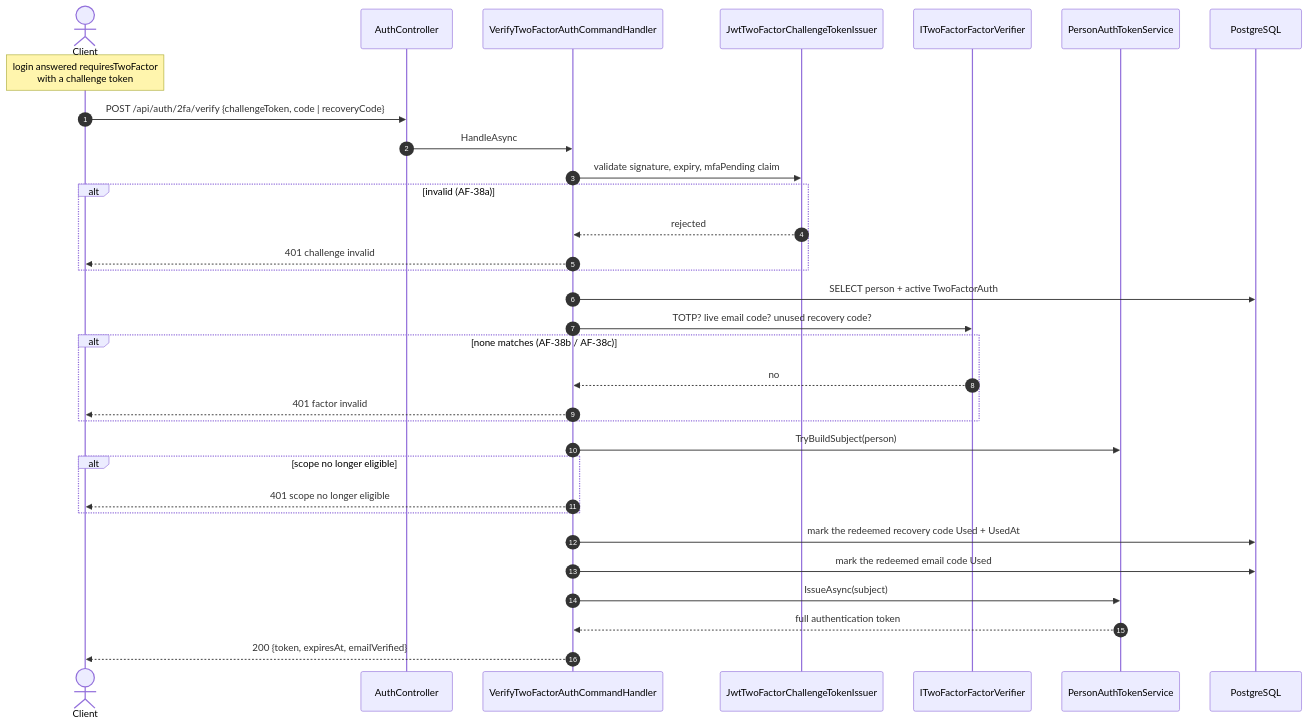
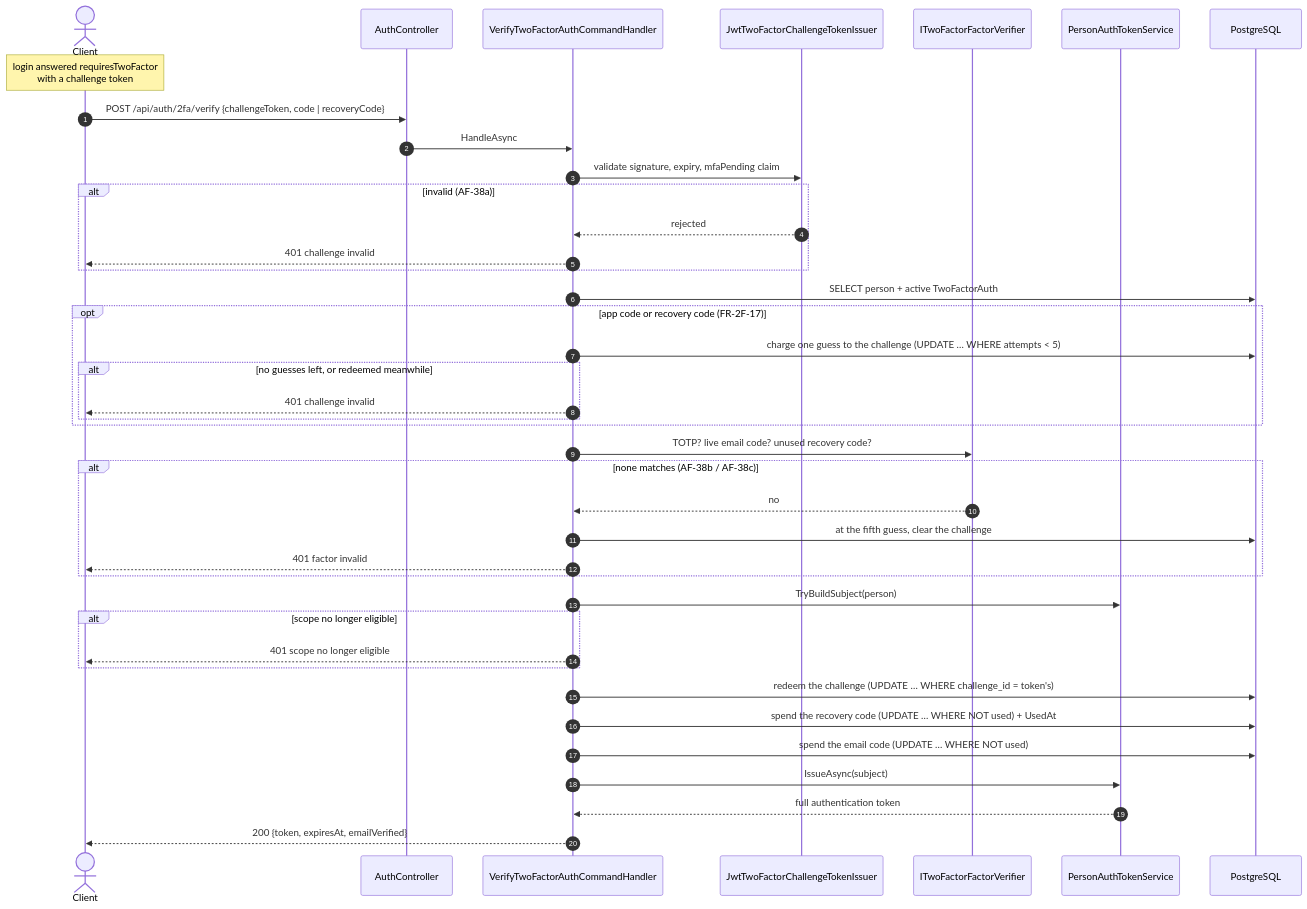
One commit to artur-rios/heimdall-api changed the third of 3 diagrams in docs/content/en/docs/flows/two-factor.md. Above: the diagram before and after it, drawn with Mermaid. The commit also changed other lines of this file and 8 other files, not shown here.

````diff
--- a/docs/content/en/docs/flows/two-factor.md
+++ b/docs/content/en/docs/flows/two-factor.md
@@ -90,39 +90,47 @@
 ```mermaid
 sequenceDiagram
     autonumber
     actor C as Client
     participant AC as AuthController
     participant VH as VerifyTwoFactorAuthCommandHandler
     participant CT as JwtTwoFactorChallengeTokenIssuer
     participant FV as ITwoFactorFactorVerifier
     participant TS as PersonAuthTokenService
     participant DB as PostgreSQL
 
     Note over C: login answered requiresTwoFactor<br/>with a challenge token
     C->>AC: POST /api/auth/2fa/verify {challengeToken, code | recoveryCode}
     AC->>VH: HandleAsync
 
     VH->>CT: validate signature, expiry, mfaPending claim
     alt invalid (AF-38a)
         CT-->>VH: rejected
         VH-->>C: 401 challenge invalid
     end
 
     VH->>DB: SELECT person + active TwoFactorAuth
+    opt app code or recovery code (FR-2F-17)
+        VH->>DB: charge one guess to the challenge (UPDATE … WHERE attempts < 5)
+        alt no guesses left, or redeemed meanwhile
+            VH-->>C: 401 challenge invalid
+        end
+    end
     VH->>FV: TOTP? live email code? unused recovery code?
     alt none matches (AF-38b / AF-38c)
         FV-->>VH: no
+        VH->>DB: at the fifth guess, clear the challenge
         VH-->>C: 401 factor invalid
     end
 
     VH->>TS: TryBuildSubject(person)
     alt scope no longer eligible
         VH-->>C: 401 scope no longer eligible
     end
 
-    VH->>DB: mark the redeemed recovery code Used + UsedAt
-    VH->>DB: mark the redeemed email code Used
+    VH->>DB: redeem the challenge (UPDATE … WHERE challenge_id = token's)
+    VH->>DB: spend the recovery code (UPDATE … WHERE NOT used) + UsedAt
+    VH->>DB: spend the email code (UPDATE … WHERE NOT used)
     VH->>TS: IssueAsync(subject)
     TS-->>VH: full authentication token
     VH-->>C: 200 {token, expiresAt, emailVerified}
 ```
````
